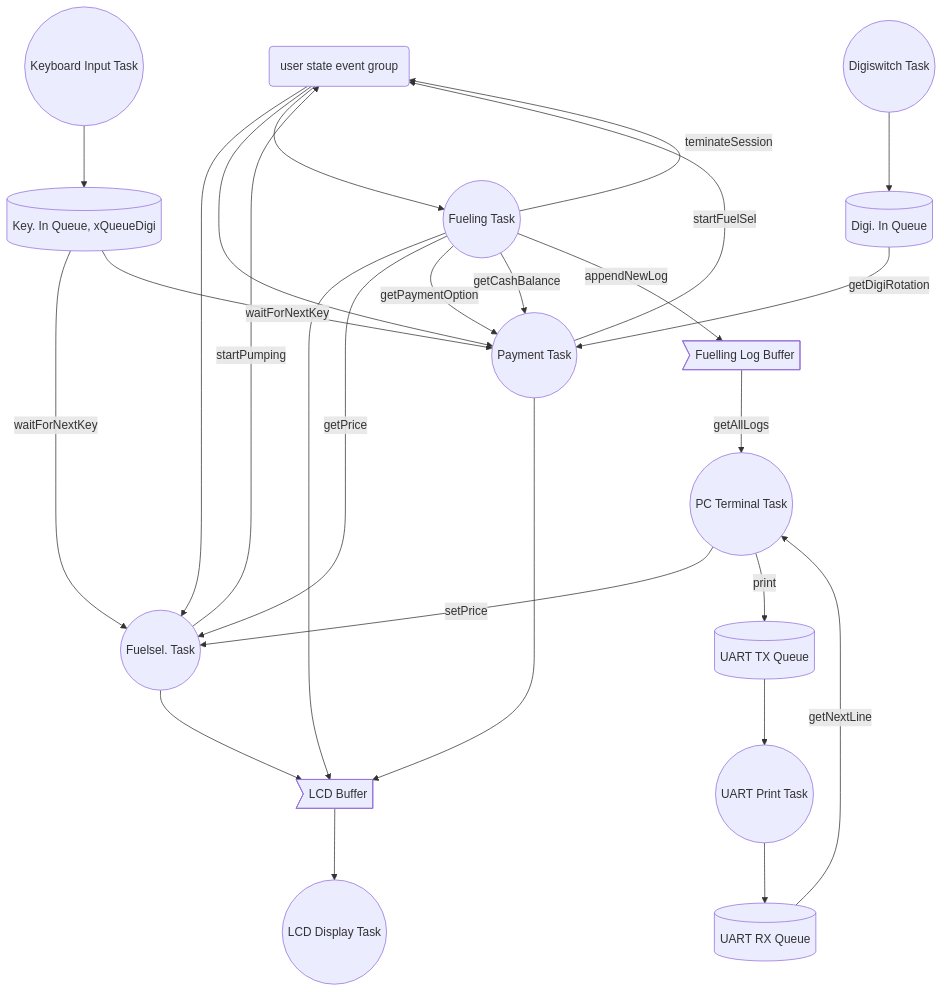
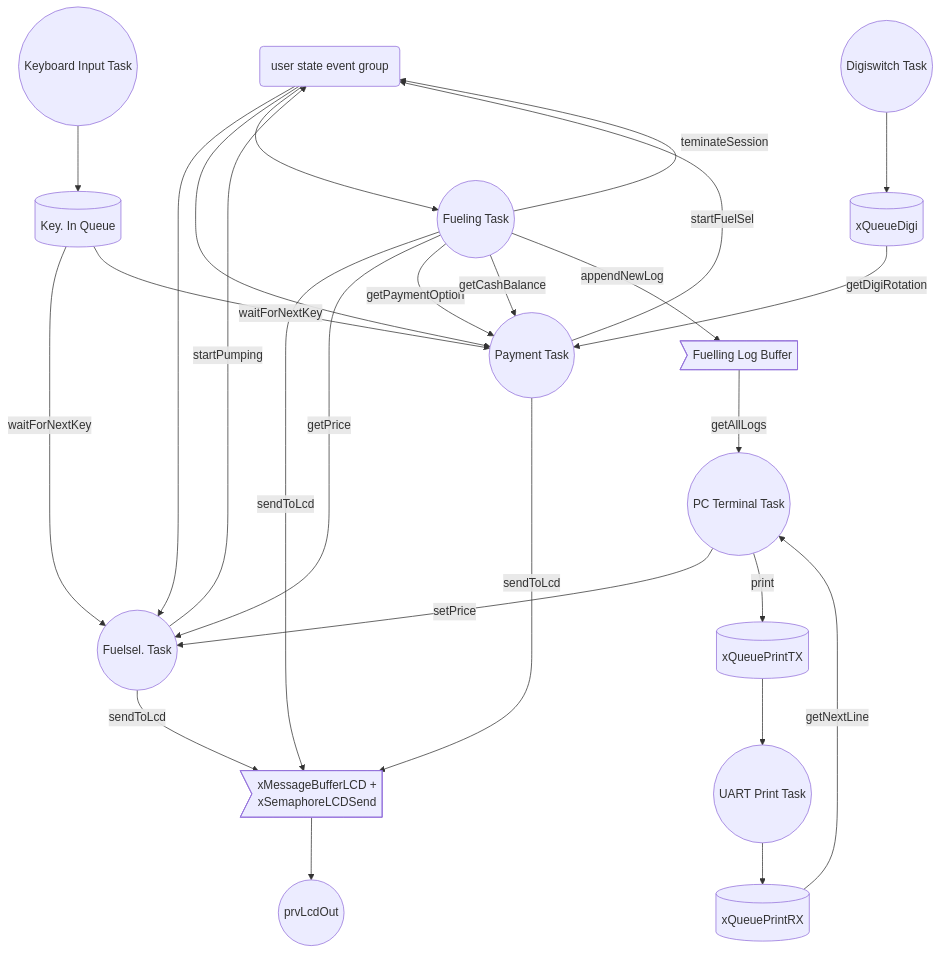
One commit to jjsanda/SDU-embedded-programming changed the diagram in README.md. Above: the diagram before and after it, drawn with Mermaid.

````diff
--- a/README.md
+++ b/README.md
@@ -3,57 +3,57 @@
 ```mermaid
 graph TD
 
   gsEG(user state event group)
 
   pay((Payment Task))
   fuelsel((Fuelsel. Task))
   fueling((Fueling Task))
-  lcd((LCD Display Task))
+  lcd((prvLcdOut))
   keyboard((Keyboard Input Task))
   digi((Digiswitch Task))
   uart((UART Print Task))
   pc((PC Terminal Task))
   
-  keyQ[(Key. In Queue, xQueueDigi)]
-  digiQ[(Digi. In Queue)]
-  rxQ[(UART RX Queue)]
-  txQ[(UART TX Queue)]
+  keyQ[(Key. In Queue)]
+  digiQ[(xQueueDigi)]
+  rxQ[(xQueuePrintRX)]
+  txQ[(xQueuePrintTX)]
 
-  lcdB>LCD Buffer]
+  lcdB>xMessageBufferLCD +<br/>xSemaphoreLCDSend]
   logB>Fuelling Log Buffer]
 
 
   keyQ--waitForNextKey-->fuelsel
   gsEG-->fuelsel
   pc--setPrice-->fuelsel
-  fuelsel-->lcdB
+  fuelsel--sendToLcd-->lcdB
   fuelsel--startPumping-->gsEG
   
 
   uart-->rxQ
   rxQ--getNextLine-->pc
   pc--print-->txQ
   logB--getAllLogs-->pc
   txQ-->uart
 
   keyboard-->keyQ 
   keyQ--waitForNextKey-->pay
   gsEG-->pay
   digi-->digiQ
   digiQ--getDigiRotation-->pay
-  pay-->lcdB
+  pay--sendToLcd-->lcdB
   pay--startFuelSel-->gsEG
 
 
 
   lcdB-->lcd
 
 
   gsEG-->fueling
-  fueling-->lcdB
+  fueling--sendToLcd-->lcdB
   fueling--getPrice-->fuelsel
   fueling--getPaymentOption-->pay
   fueling--getCashBalance-->pay
   fueling--teminateSession-->gsEG
   fueling--appendNewLog-->logB
 ```
````
